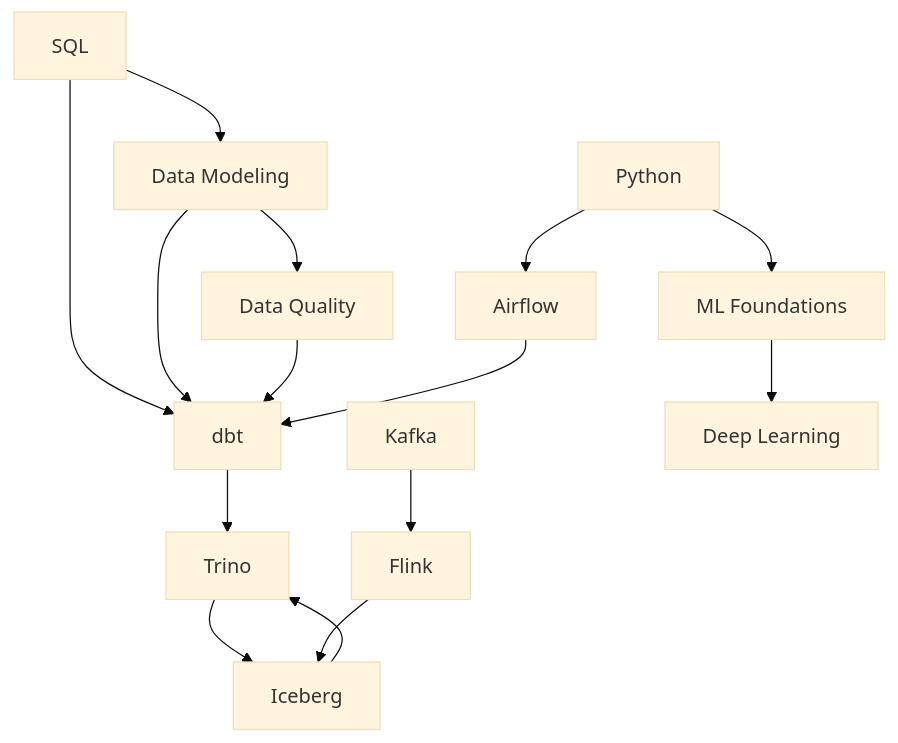
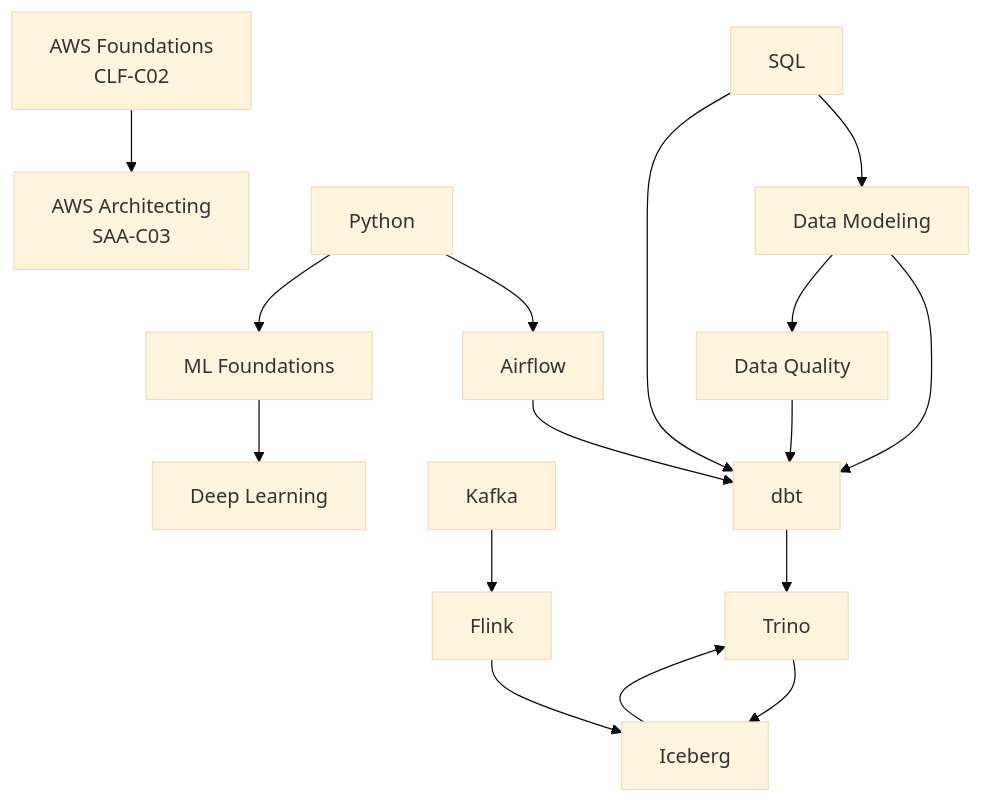
Before and after one commit to vuhoang001/knowledge: the diagram in README.md, drawn with Mermaid (base theme). The commit also changed other lines of this file and 69 other files, not shown here.

First line of the commit message:
aws: dung module CLF-C02 — 19 tai lieu khop 19 task statement

````diff
--- a/README.md
+++ b/README.md
@@ -43,21 +43,22 @@
 ```mermaid
 graph TD
   SQL[SQL] --> DM[Data Modeling]
   SQL --> DBT[dbt]
   DM --> DBT
   DM --> DQ[Data Quality]
   DQ --> DBT
   DBT --> TRINO[Trino]
   TRINO --> ICE[Iceberg]
   KAFKA[Kafka] --> FLINK[Flink]
   FLINK --> ICE
   ICE --> TRINO
   PY[Python] --> AF[Airflow]
   AF --> DBT
   PY --> MLF[ML Foundations]
   MLF --> MLD[Deep Learning]
+  AWSF[AWS Foundations<br/>CLF-C02] --> AWSA[AWS Architecting<br/>SAA-C03]
 
   click DM "docs/data-modeling/"
   click DQ "docs/data-quality/"
   click DBT "docs/etl/dbt/"
 ```
````
